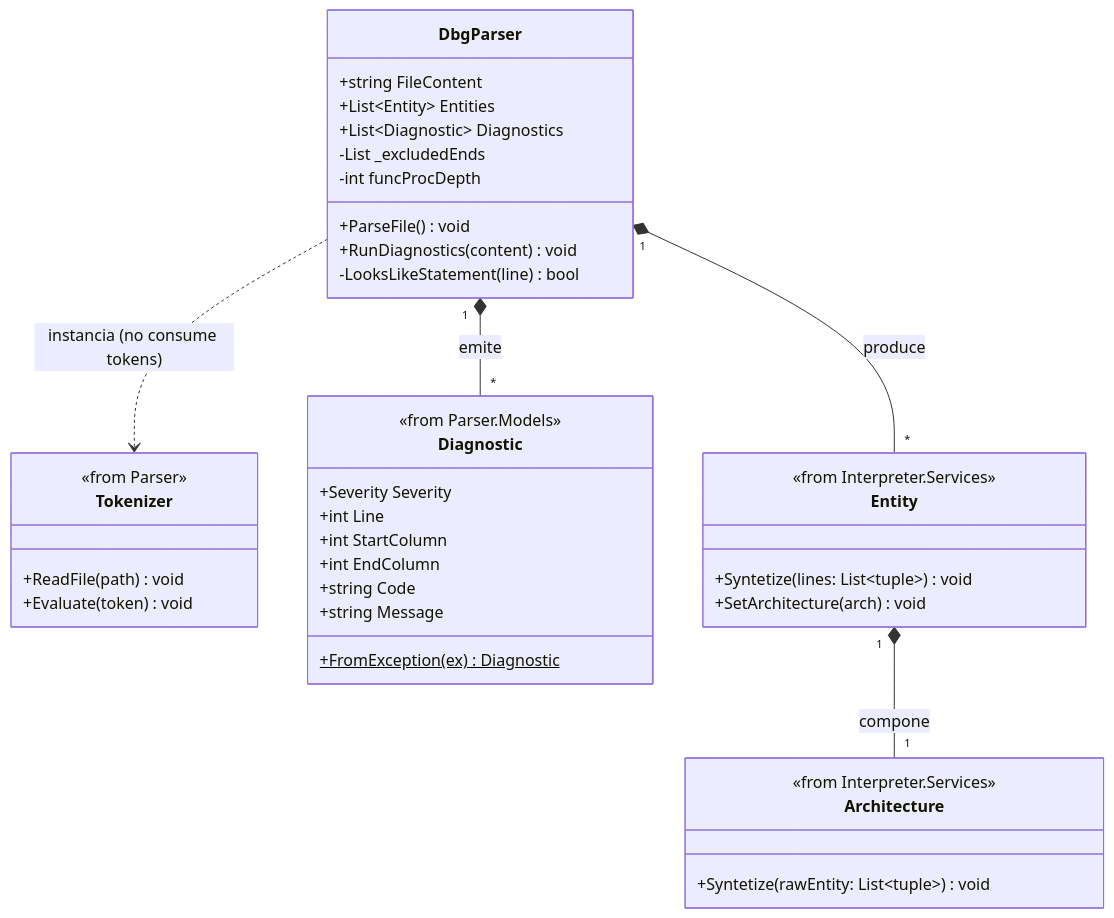
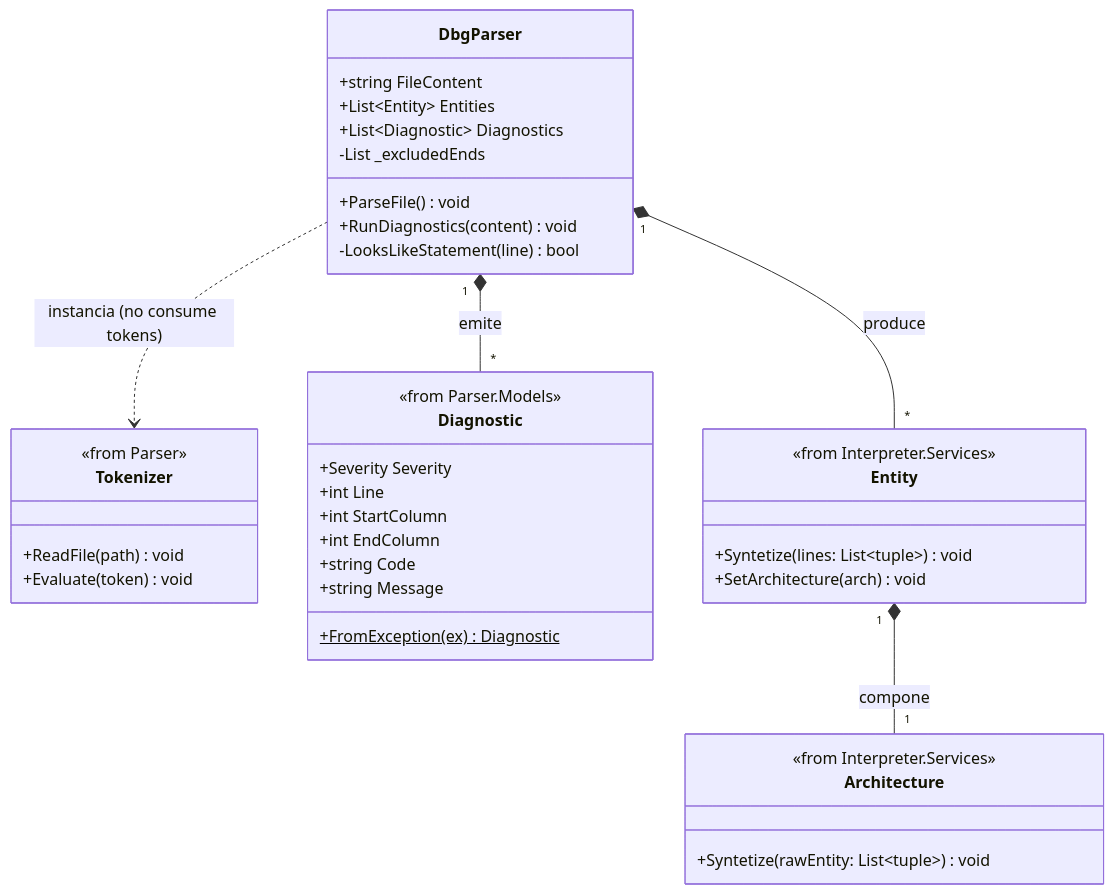
One commit to Kmila9s/Debugger changed the fifth of 6 diagrams in README.md. Above: the diagram before and after it, drawn with Mermaid.

Commit message:
docs: drop stale funcProcDepth field from DbgParser class diagram
fig_5_5_12_clases_debugger listed funcProcDepth as a class field, but it is a local variable inside ParseFile (not a member). Removed to match §6.2 and the actual Repositories/Parser.cs. Docs only.

````diff
--- a/README.md
+++ b/README.md
@@ -292,48 +292,47 @@
 ```mermaid
 classDiagram
     direction TB
 
     class DbgParser {
         +string FileContent
         +List~Entity~ Entities
         +List~Diagnostic~ Diagnostics
         -List _excludedEnds
-        -int funcProcDepth
         +ParseFile() void
         +RunDiagnostics(content) void
         -LooksLikeStatement(line) bool
     }
 
     class Tokenizer {
         <<from Parser>>
         +ReadFile(path) void
         +Evaluate(token) void
     }
 
     class Diagnostic {
         <<from Parser.Models>>
         +Severity Severity
         +int Line
         +int StartColumn
         +int EndColumn
         +string Code
         +string Message
         +FromException(ex)$ Diagnostic
     }
 
     class Entity {
         <<from Interpreter.Services>>
         +Syntetize(lines: List~tuple~) void
         +SetArchitecture(arch) void
     }
 
     class Architecture {
         <<from Interpreter.Services>>
         +Syntetize(rawEntity: List~tuple~) void
     }
 
     DbgParser ..> Tokenizer : instancia (no consume tokens)
     DbgParser "1" *-- "*" Entity : produce
     DbgParser "1" *-- "*" Diagnostic : emite
     Entity "1" *-- "1" Architecture : compone
 ```
````
